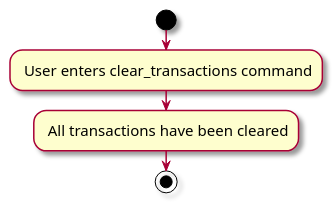
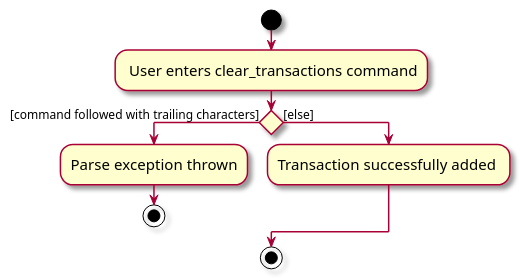
Before and after one commit to sp4ce-cowboy/tp: the diagram in docs/diagrams/unicash/ClearTransactionsActivityDiagram.puml, drawn with PlantUML. The commit also changed 5 other files, not shown here.

Commit message:
Add Clear Transaction Diagrams

```diff
--- a/docs/diagrams/unicash/ClearTransactionsActivityDiagram.puml
+++ b/docs/diagrams/unicash/ClearTransactionsActivityDiagram.puml
@@ -1,14 +1,21 @@
 @startuml
 
 skin rose
 skinparam ActivityFontSize 15
 skinparam ArrowFontSize 12
 start
 
 : User enters clear_transactions command;
 
-: All transactions have been cleared;
+if () then ([command followed with trailing characters])
+  :Parse exception thrown;
+  stop
+
+else ([else])
+  :Transaction successfully added ;
+
+endif
 
 stop
 
 @enduml
```
